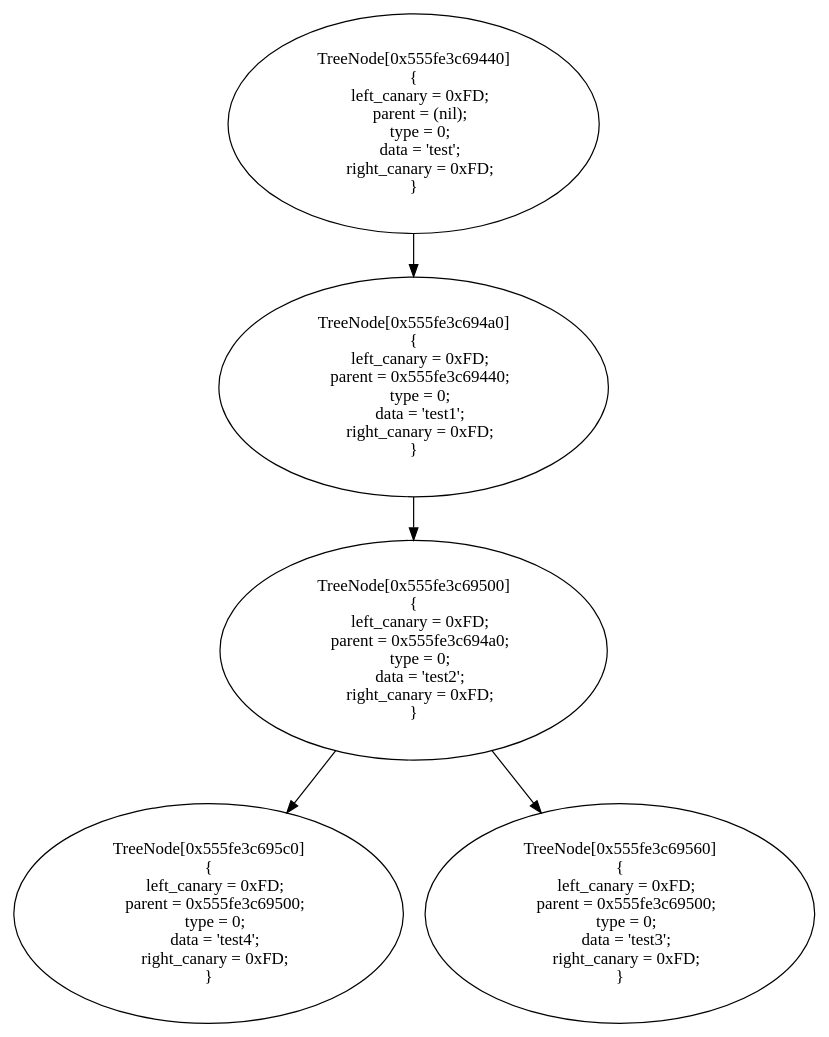
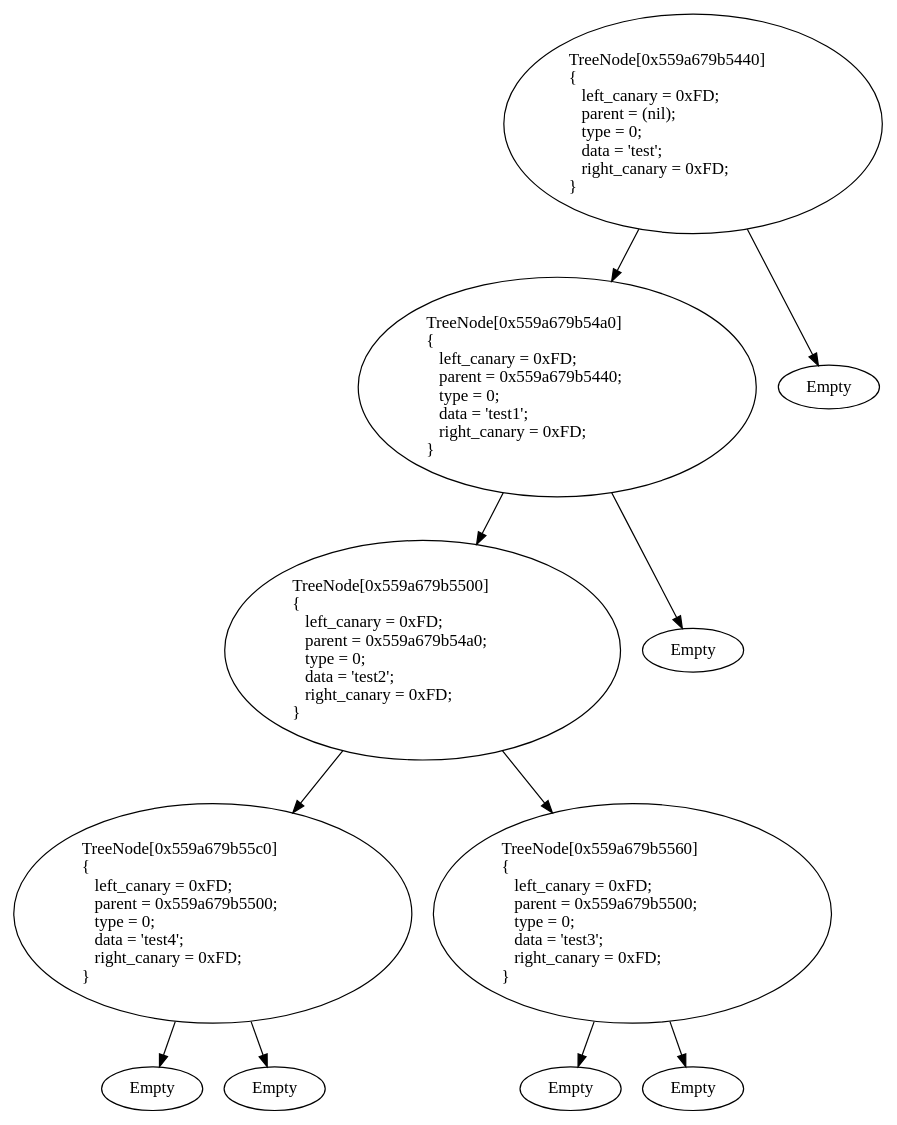
Before and after one commit to ZeronSix/technotrack: the diagram in Akinator/dump/test_dump.gv, drawn with Graphviz. The commit also changed 5 other files, not shown here.

```diff
--- a/Akinator/dump/test_dump.gv
+++ b/Akinator/dump/test_dump.gv
@@ -1,46 +1,23 @@
 digraph G {
-treenode_0x555fe3c69440 [label="TreeNode[0x555fe3c69440]
-{
-    left_canary = 0xFD;
-    parent = (nil);
-    type = 0;
-    data = 'test';
-    right_canary = 0xFD;
-}"]
-treenode_0x555fe3c694a0 [label="TreeNode[0x555fe3c694a0]
-{
-    left_canary = 0xFD;
-    parent = 0x555fe3c69440;
-    type = 0;
-    data = 'test1';
-    right_canary = 0xFD;
-}"]
-treenode_0x555fe3c69500 [label="TreeNode[0x555fe3c69500]
-{
-    left_canary = 0xFD;
-    parent = 0x555fe3c694a0;
-    type = 0;
-    data = 'test2';
-    right_canary = 0xFD;
-}"]
-treenode_0x555fe3c695c0 [label="TreeNode[0x555fe3c695c0]
-{
-    left_canary = 0xFD;
-    parent = 0x555fe3c69500;
-    type = 0;
-    data = 'test4';
-    right_canary = 0xFD;
-}"]
-treenode_0x555fe3c69560 [label="TreeNode[0x555fe3c69560]
-{
-    left_canary = 0xFD;
-    parent = 0x555fe3c69500;
-    type = 0;
-    data = 'test3';
-    right_canary = 0xFD;
-}"]
-treenode_0x555fe3c69500 -> treenode_0x555fe3c695c0
-treenode_0x555fe3c69500 -> treenode_0x555fe3c69560
-treenode_0x555fe3c694a0 -> treenode_0x555fe3c69500
-treenode_0x555fe3c69440 -> treenode_0x555fe3c694a0
+treenode_0x559a679b5440 [label="TreeNode[0x559a679b5440]\l{\l    left_canary = 0xFD;\l    parent = (nil);\l    type = 0;\l    data = 'test';\l    right_canary = 0xFD;\l}\l"]
+treenode_0x559a679b54a0 [label="TreeNode[0x559a679b54a0]\l{\l    left_canary = 0xFD;\l    parent = 0x559a679b5440;\l    type = 0;\l    data = 'test1';\l    right_canary = 0xFD;\l}\l"]
+treenode_0x559a679b5500 [label="TreeNode[0x559a679b5500]\l{\l    left_canary = 0xFD;\l    parent = 0x559a679b54a0;\l    type = 0;\l    data = 'test2';\l    right_canary = 0xFD;\l}\l"]
+treenode_0x559a679b55c0 [label="TreeNode[0x559a679b55c0]\l{\l    left_canary = 0xFD;\l    parent = 0x559a679b5500;\l    type = 0;\l    data = 'test4';\l    right_canary = 0xFD;\l}\l"]
+treenode_0x559a679b55c0_left [label="Empty"]
+treenode_0x559a679b55c0 -> treenode_0x559a679b55c0_left
+treenode_0x559a679b55c0_right [label="Empty"]
+treenode_0x559a679b55c0 -> treenode_0x559a679b55c0_right
+treenode_0x559a679b5560 [label="TreeNode[0x559a679b5560]\l{\l    left_canary = 0xFD;\l    parent = 0x559a679b5500;\l    type = 0;\l    data = 'test3';\l    right_canary = 0xFD;\l}\l"]
+treenode_0x559a679b5560_left [label="Empty"]
+treenode_0x559a679b5560 -> treenode_0x559a679b5560_left
+treenode_0x559a679b5560_right [label="Empty"]
+treenode_0x559a679b5560 -> treenode_0x559a679b5560_right
+treenode_0x559a679b5500 -> treenode_0x559a679b55c0
+treenode_0x559a679b5500 -> treenode_0x559a679b5560
+treenode_0x559a679b54a0_left [label="Empty"]
+treenode_0x559a679b54a0 -> treenode_0x559a679b54a0_left
+treenode_0x559a679b54a0 -> treenode_0x559a679b5500
+treenode_0x559a679b5440 -> treenode_0x559a679b54a0
+treenode_0x559a679b5440_right [label="Empty"]
+treenode_0x559a679b5440 -> treenode_0x559a679b5440_right
 }
```
